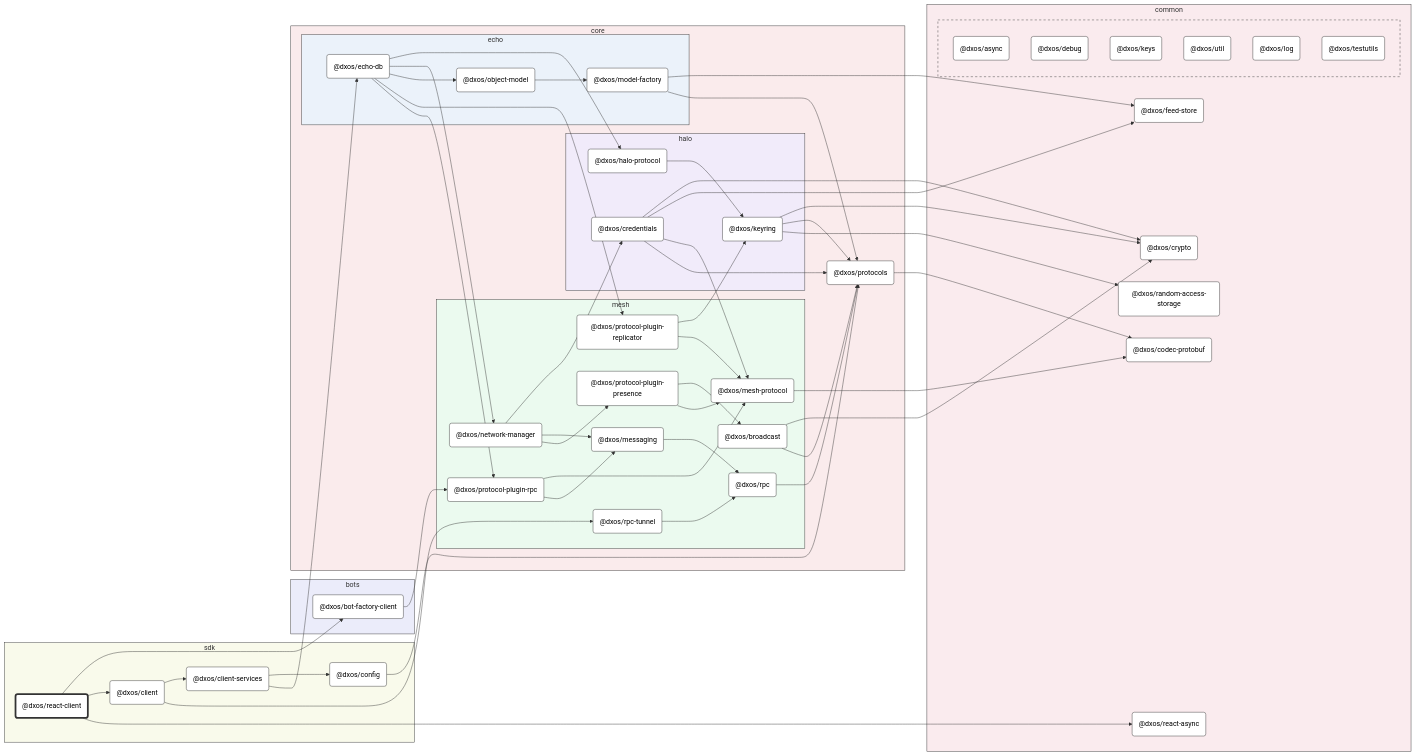
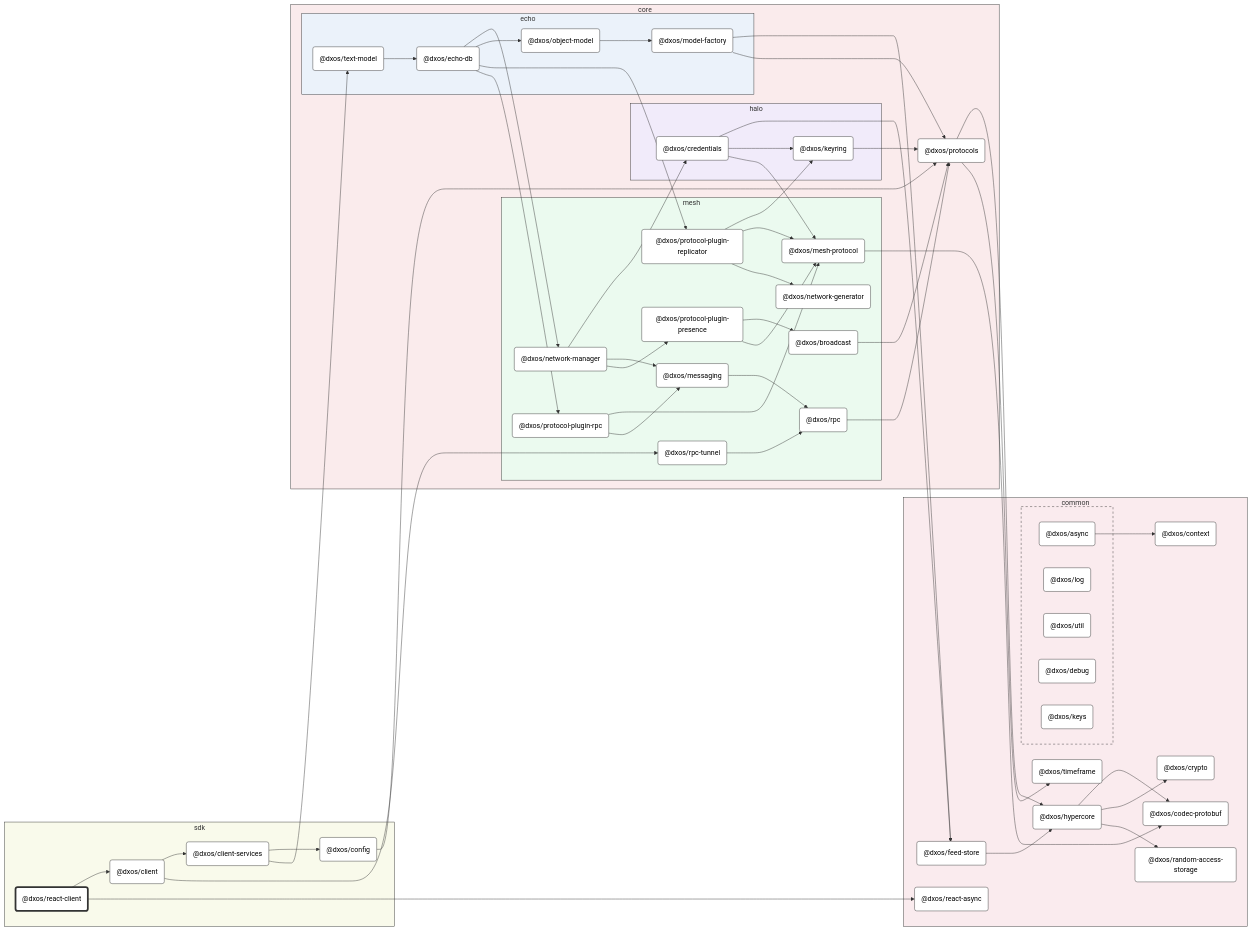
Before and after one commit to dxos/dxos: the diagram in packages/sdk/react-client/docs/README.md, drawn with Mermaid (neutral theme). The commit also changed other lines of this file and 95 other files, not shown here.

Commit message:
Class diagrams.

```diff
--- a/packages/sdk/react-client/docs/README.md
+++ b/packages/sdk/react-client/docs/README.md
@@ -29,14 +29,20 @@
 
 subgraph common [common]
   style common fill:#faebee,stroke:#333
+  dxos/context("@dxos/context"):::def
+  click dxos/context "dxos/dxos/tree/main/packages/common/context/docs"
   dxos/codec-protobuf("@dxos/codec-protobuf"):::def
   click dxos/codec-protobuf "dxos/dxos/tree/main/packages/common/codec-protobuf/docs"
+  dxos/hypercore("@dxos/hypercore"):::def
+  click dxos/hypercore "dxos/dxos/tree/main/packages/common/hypercore/docs"
   dxos/crypto("@dxos/crypto"):::def
   click dxos/crypto "dxos/dxos/tree/main/packages/common/crypto/docs"
+  dxos/random-access-storage("@dxos/random-access-storage"):::def
+  click dxos/random-access-storage "dxos/dxos/tree/main/packages/common/random-access-storage/docs"
+  dxos/timeframe("@dxos/timeframe"):::def
+  click dxos/timeframe "dxos/dxos/tree/main/packages/common/timeframe/docs"
   dxos/feed-store("@dxos/feed-store"):::def
   click dxos/feed-store "dxos/dxos/tree/main/packages/common/feed-store/docs"
-  dxos/random-access-storage("@dxos/random-access-storage"):::def
-  click dxos/random-access-storage "dxos/dxos/tree/main/packages/common/random-access-storage/docs"
   dxos/react-async("@dxos/react-async"):::def
   click dxos/react-async "dxos/dxos/tree/main/packages/common/react-async/docs"
 
@@ -44,23 +50,15 @@
     style _ fill:#faebee,stroke:#333,stroke-dasharray:5 5
     dxos/async("@dxos/async"):::def
     click dxos/async "dxos/dxos/tree/main/packages/common/async/docs"
+    dxos/log("@dxos/log"):::def
+    click dxos/log "dxos/dxos/tree/main/packages/common/log/docs"
+    dxos/util("@dxos/util"):::def
+    click dxos/util "dxos/dxos/tree/main/packages/common/util/docs"
     dxos/debug("@dxos/debug"):::def
     click dxos/debug "dxos/dxos/tree/main/packages/common/debug/docs"
     dxos/keys("@dxos/keys"):::def
     click dxos/keys "dxos/dxos/tree/main/packages/common/keys/docs"
-    dxos/util("@dxos/util"):::def
-    click dxos/util "dxos/dxos/tree/main/packages/common/util/docs"
-    dxos/log("@dxos/log"):::def
-    click dxos/log "dxos/dxos/tree/main/packages/common/log/docs"
-    dxos/testutils("@dxos/testutils"):::def
-    click dxos/testutils "dxos/dxos/tree/main/packages/common/testutils/docs"
   end
-end
-
-subgraph bots [bots]
-  style bots fill:#ebecfa,stroke:#333
-  dxos/bot-factory-client("@dxos/bot-factory-client"):::def
-  click dxos/bot-factory-client "dxos/dxos/tree/main/packages/bots/bot-factory-client/docs"
 end
 
 subgraph core [core]
@@ -68,10 +66,16 @@
   dxos/protocols("@dxos/protocols"):::def
   click dxos/protocols "dxos/dxos/tree/main/packages/core/protocols/docs"
 
+  subgraph halo [halo]
+    style halo fill:#f1ebfa,stroke:#333
+    dxos/credentials("@dxos/credentials"):::def
+    click dxos/credentials "dxos/dxos/tree/main/packages/core/halo/credentials/docs"
+    dxos/keyring("@dxos/keyring"):::def
+    click dxos/keyring "dxos/dxos/tree/main/packages/core/halo/keyring/docs"
+  end
+
   subgraph mesh [mesh]
     style mesh fill:#ebfaef,stroke:#333
-    dxos/protocol-plugin-rpc("@dxos/protocol-plugin-rpc"):::def
-    click dxos/protocol-plugin-rpc "dxos/dxos/tree/main/packages/core/mesh/protocol-plugin-rpc/docs"
     dxos/mesh-protocol("@dxos/mesh-protocol"):::def
     click dxos/mesh-protocol "dxos/dxos/tree/main/packages/core/mesh/mesh-protocol/docs"
     dxos/messaging("@dxos/messaging"):::def
@@ -86,18 +90,12 @@
     click dxos/broadcast "dxos/dxos/tree/main/packages/core/mesh/broadcast/docs"
     dxos/protocol-plugin-replicator("@dxos/protocol-plugin-replicator"):::def
     click dxos/protocol-plugin-replicator "dxos/dxos/tree/main/packages/core/mesh/protocol-plugin-replicator/docs"
+    dxos/network-generator("@dxos/network-generator"):::def
+    click dxos/network-generator "dxos/dxos/tree/main/packages/core/mesh/network-generator/docs"
+    dxos/protocol-plugin-rpc("@dxos/protocol-plugin-rpc"):::def
+    click dxos/protocol-plugin-rpc "dxos/dxos/tree/main/packages/core/mesh/protocol-plugin-rpc/docs"
     dxos/rpc-tunnel("@dxos/rpc-tunnel"):::def
     click dxos/rpc-tunnel "dxos/dxos/tree/main/packages/core/mesh/rpc-tunnel/docs"
-  end
-
-  subgraph halo [halo]
-    style halo fill:#f1ebfa,stroke:#333
-    dxos/credentials("@dxos/credentials"):::def
-    click dxos/credentials "dxos/dxos/tree/main/packages/core/halo/credentials/docs"
-    dxos/halo-protocol("@dxos/halo-protocol"):::def
-    click dxos/halo-protocol "dxos/dxos/tree/main/packages/core/halo/halo-protocol/docs"
-    dxos/keyring("@dxos/keyring"):::def
-    click dxos/keyring "dxos/dxos/tree/main/packages/core/halo/keyring/docs"
   end
 
   subgraph echo [echo]
@@ -108,33 +106,31 @@
     click dxos/model-factory "dxos/dxos/tree/main/packages/core/echo/model-factory/docs"
     dxos/object-model("@dxos/object-model"):::def
     click dxos/object-model "dxos/dxos/tree/main/packages/core/echo/object-model/docs"
+    dxos/text-model("@dxos/text-model"):::def
+    click dxos/text-model "dxos/dxos/tree/main/packages/core/echo/text-model/docs"
   end
 end
 
 %% Links
 linkStyle default stroke:#333,stroke-width:1px
-dxos/react-client --> dxos/bot-factory-client
-dxos/bot-factory-client --> dxos/protocol-plugin-rpc
-dxos/protocol-plugin-rpc --> dxos/mesh-protocol
-dxos/mesh-protocol --> dxos/codec-protobuf
-dxos/protocol-plugin-rpc --> dxos/messaging
-dxos/protocols --> dxos/codec-protobuf
-dxos/messaging --> dxos/rpc
-dxos/rpc --> dxos/protocols
+dxos/async --> dxos/context
 dxos/react-client --> dxos/client
 dxos/client --> dxos/client-services
 dxos/client-services --> dxos/config
 dxos/config --> dxos/protocols
-dxos/credentials --> dxos/crypto
+dxos/protocols --> dxos/hypercore
+dxos/hypercore --> dxos/codec-protobuf
+dxos/hypercore --> dxos/crypto
+dxos/hypercore --> dxos/random-access-storage
+dxos/protocols --> dxos/timeframe
 dxos/credentials --> dxos/feed-store
+dxos/feed-store --> dxos/hypercore
+dxos/credentials --> dxos/keyring
+dxos/keyring --> dxos/protocols
 dxos/credentials --> dxos/mesh-protocol
-dxos/credentials --> dxos/protocols
-dxos/client-services --> dxos/echo-db
-dxos/echo-db --> dxos/halo-protocol
-dxos/halo-protocol --> dxos/keyring
-dxos/keyring --> dxos/crypto
-dxos/keyring --> dxos/protocols
-dxos/keyring --> dxos/random-access-storage
+dxos/mesh-protocol --> dxos/codec-protobuf
+dxos/messaging --> dxos/rpc
+dxos/rpc --> dxos/protocols
 dxos/model-factory --> dxos/feed-store
 dxos/model-factory --> dxos/protocols
 dxos/echo-db --> dxos/network-manager
@@ -142,7 +138,6 @@
 dxos/network-manager --> dxos/messaging
 dxos/network-manager --> dxos/protocol-plugin-presence
 dxos/protocol-plugin-presence --> dxos/broadcast
-dxos/broadcast --> dxos/crypto
 dxos/broadcast --> dxos/protocols
 dxos/protocol-plugin-presence --> dxos/mesh-protocol
 dxos/echo-db --> dxos/object-model
@@ -150,7 +145,12 @@
 dxos/echo-db --> dxos/protocol-plugin-replicator
 dxos/protocol-plugin-replicator --> dxos/keyring
 dxos/protocol-plugin-replicator --> dxos/mesh-protocol
+dxos/protocol-plugin-replicator --> dxos/network-generator
 dxos/echo-db --> dxos/protocol-plugin-rpc
+dxos/protocol-plugin-rpc --> dxos/mesh-protocol
+dxos/protocol-plugin-rpc --> dxos/messaging
+dxos/client-services --> dxos/text-model
+dxos/text-model --> dxos/echo-db
 dxos/client --> dxos/rpc-tunnel
 dxos/rpc-tunnel --> dxos/rpc
 dxos/react-client --> dxos/react-async
```
